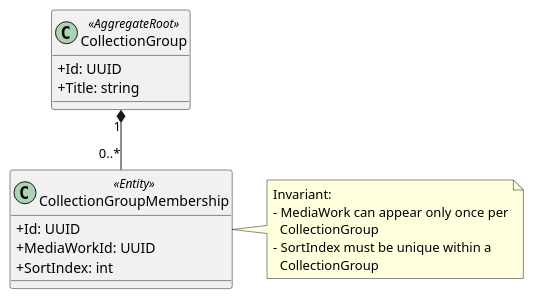
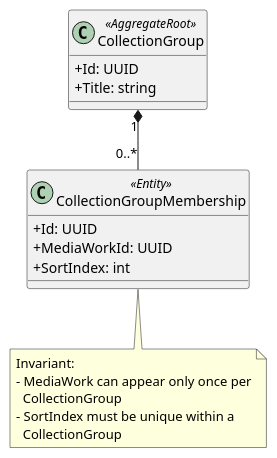
Before and after one commit to yantue/colleq: the diagram in docs/uml/domain/domain-collection-group.puml, drawn with PlantUML.

Commit message:
docs: Update note location of CollectionGroupMembership

```diff
--- a/docs/uml/domain/domain-collection-group.puml
+++ b/docs/uml/domain/domain-collection-group.puml
@@ -1,25 +1,25 @@
 @startuml
 skinparam classAttributeIconSize 0
 
 class CollectionGroup <<AggregateRoot>> {
     +Id: UUID
     +Title: string
 }
 
 class CollectionGroupMembership <<Entity>> {
     +Id: UUID
     +MediaWorkId: UUID
     +SortIndex: int
 }
 
-note right of CollectionGroupMembership
+note bottom of CollectionGroupMembership
 Invariant:
 - MediaWork can appear only once per
   CollectionGroup
 - SortIndex must be unique within a
   CollectionGroup
 end note
 
 CollectionGroup "1" *-- "0..*" CollectionGroupMembership
 
 @enduml
```
